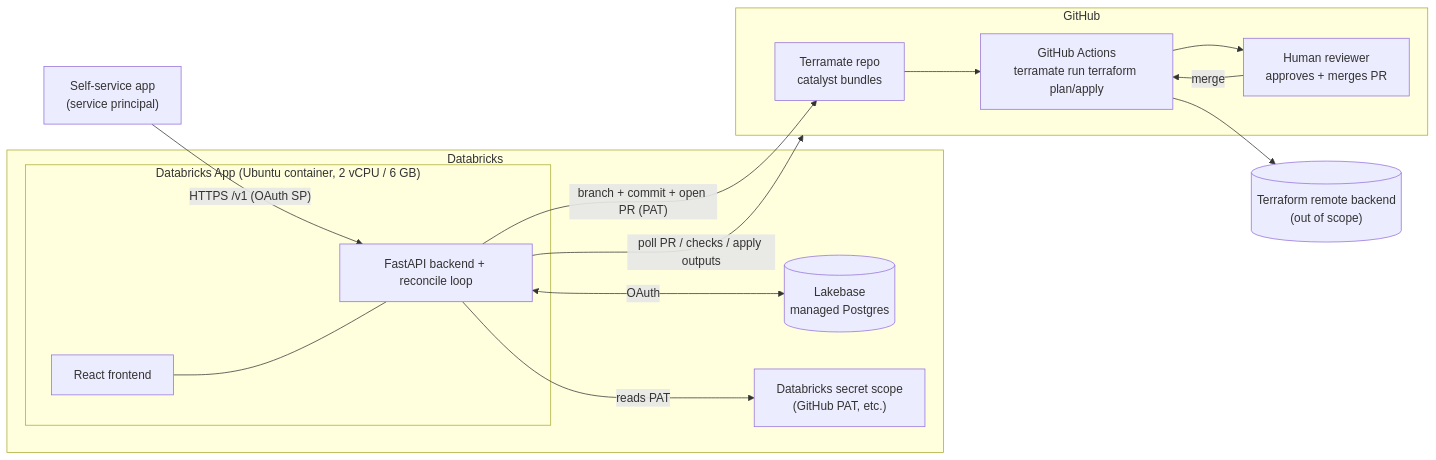
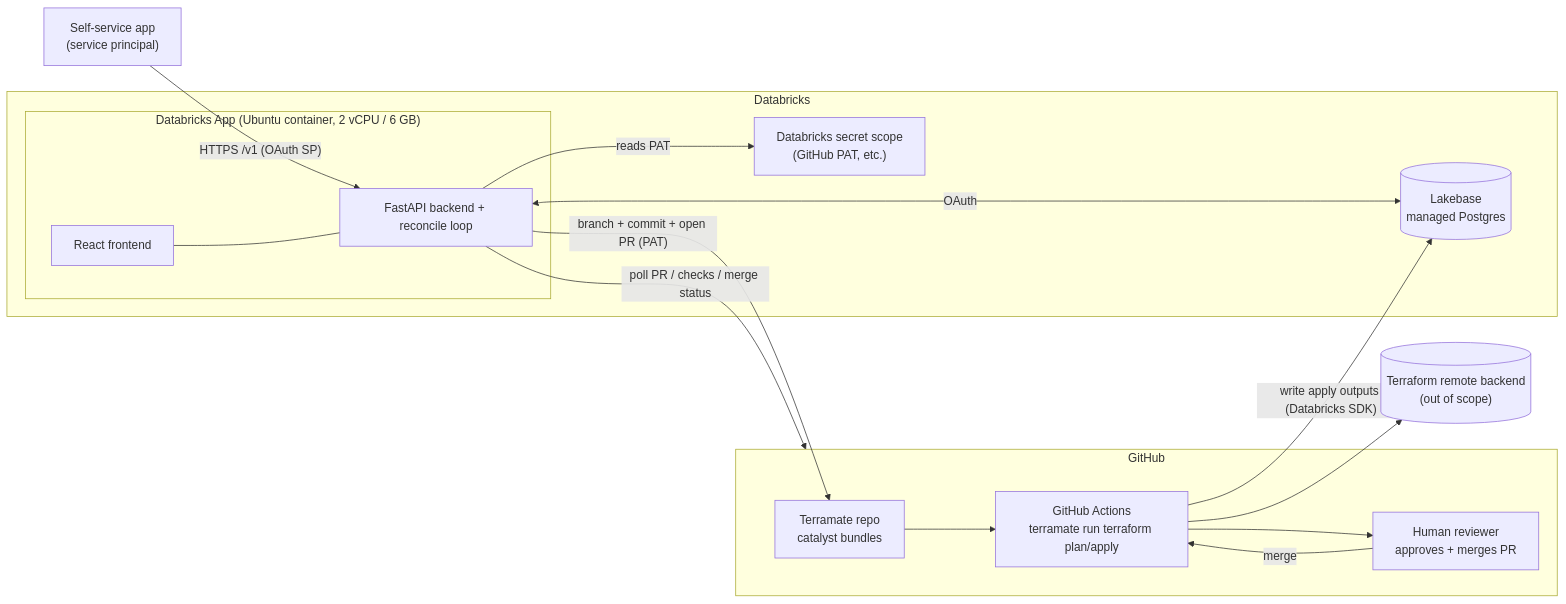
One commit to TaylorAHanson/terramate-api-wrapper changed the sixth of 6 diagrams in architecture.md. Above: the diagram before and after it, drawn with Mermaid. The commit also changed other lines of this file and 3 other files, not shown here.

First line of the commit message:
Reconcile architecture-defense decisions into docs and ADR-0002

````diff
--- a/architecture.md
+++ b/architecture.md
@@ -244,29 +260,30 @@
 ```mermaid
 flowchart LR
   subgraph DBX["Databricks"]
     subgraph APP["Databricks App (Ubuntu container, 2 vCPU / 6 GB)"]
       FE["React frontend"]
       BE["FastAPI backend + reconcile loop"]
     end
     LB[("Lakebase<br/>managed Postgres")]
     SEC["Databricks secret scope<br/>(GitHub PAT, etc.)"]
   end
   SSC["Self-service app<br/>(service principal)"]
   subgraph GHUB["GitHub"]
     REPO["Terramate repo<br/>catalyst bundles"]
     ACT["GitHub Actions<br/>terramate run terraform plan/apply"]
     HUMAN["Human reviewer<br/>approves + merges PR"]
   end
   BACKEND_STATE[("Terraform remote backend<br/>(out of scope)")]
 
   SSC -- "HTTPS /v1 (OAuth SP)" --> BE
   FE --- BE
   BE <-- "OAuth" --> LB
   BE -- "reads PAT" --> SEC
   BE -- "branch + commit + open PR (PAT)" --> REPO
   REPO --> ACT
   ACT --> HUMAN
   HUMAN -- merge --> ACT
   ACT --> BACKEND_STATE
-  BE -- "poll PR / checks / apply outputs" --> GHUB
+  ACT -- "write apply outputs (Databricks SDK)" --> LB
+  BE -- "poll PR / checks / merge status" --> GHUB
 ```
````
